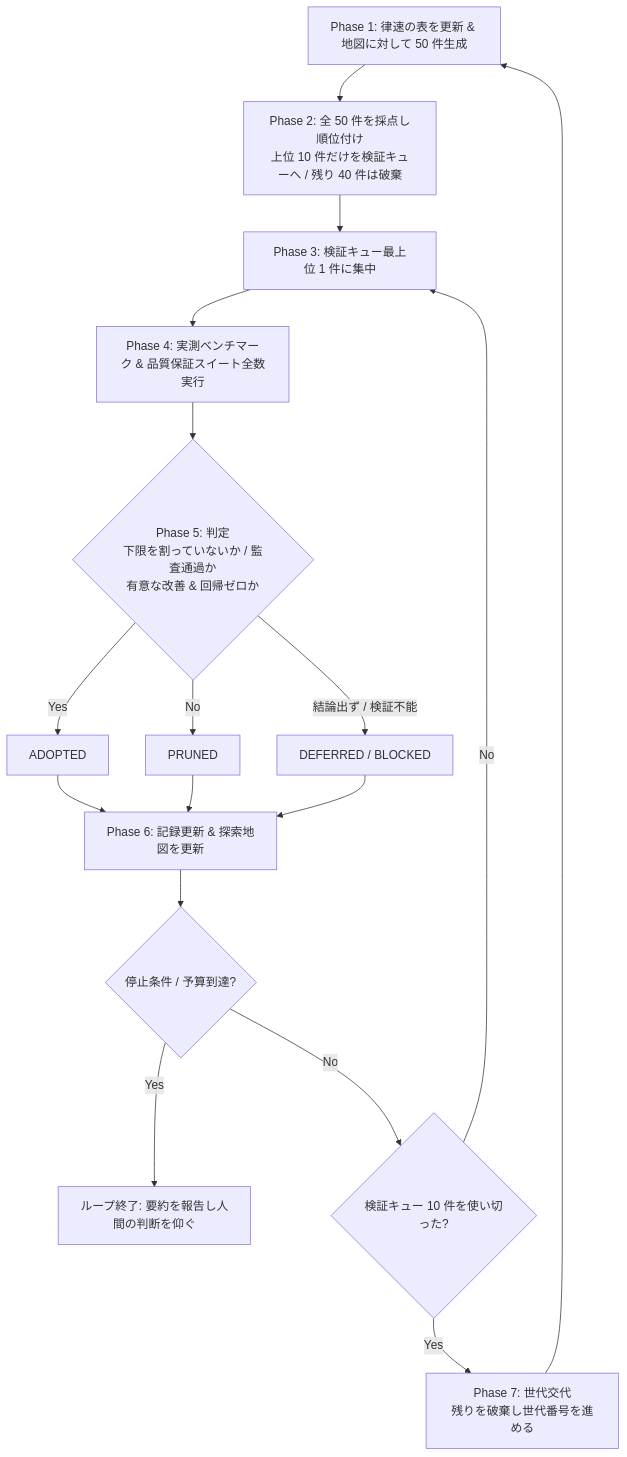
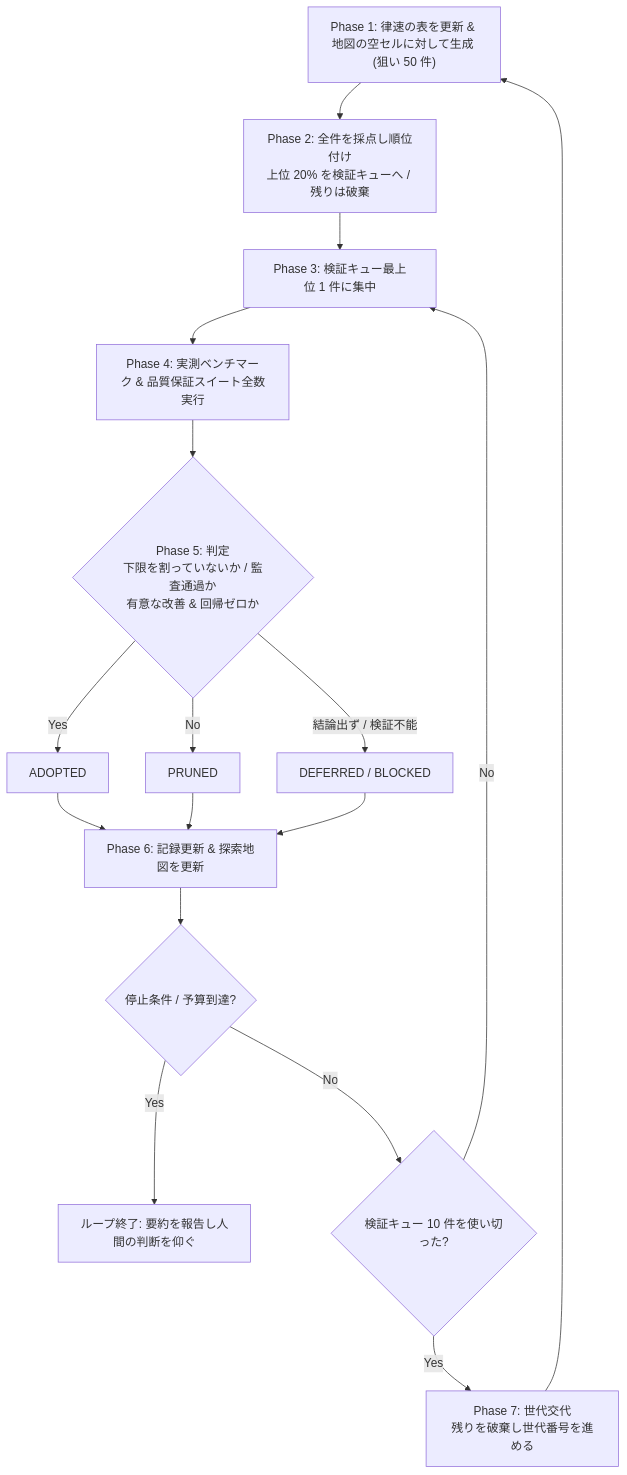
The diagram in .agents/skills/fail-fast-moonshot-loop/SKILL.md (shutsuruwork-afk/sister-problem), drawn with Mermaid before and after one commit. The commit also changed other lines of this file, not shown here.

````diff
--- a/.agents/skills/fail-fast-moonshot-loop/SKILL.md
+++ b/.agents/skills/fail-fast-moonshot-loop/SKILL.md
@@ -313,19 +362,19 @@
 ```mermaid
 graph TD
-    P1["Phase 1: 律速の表を更新 & 地図に対して 50 件生成"] --> P2["Phase 2: 全 50 件を採点し順位付け<br/>上位 10 件だけを検証キューへ / 残り 40 件は破棄"]
+    P1["Phase 1: 律速の表を更新 & 地図の空セルに対して生成 (狙い 50 件)"] --> P2["Phase 2: 全件を採点し順位付け<br/>上位 20% を検証キューへ / 残りは破棄"]
     P2 --> P3["Phase 3: 検証キュー最上位 1 件に集中"]
     P3 --> P4["Phase 4: 実測ベンチマーク & 品質保証スイート全数実行"]
     P4 --> P5{"Phase 5: 判定<br/>下限を割っていないか / 監査通過か<br/>有意な改善 & 回帰ゼロか"}
     P5 -- "Yes" --> V1["ADOPTED"]
     P5 -- "No" --> V2["PRUNED"]
     P5 -- "結論出ず / 検証不能" --> V3["DEFERRED / BLOCKED"]
     V1 --> P6["Phase 6: 記録更新 & 探索地図を更新"]
     V2 --> P6
     V3 --> P6
     P6 --> S{"停止条件 / 予算到達?"}
     S -- "Yes" --> E["ループ終了: 要約を報告し人間の判断を仰ぐ"]
     S -- "No" --> R{"検証キュー 10 件を使い切った?"}
     R -- "Yes" --> P7["Phase 7: 世代交代<br/>残りを破棄し世代番号を進める"]
     P7 --> P1
     R -- "No" --> P3
 ```
````
